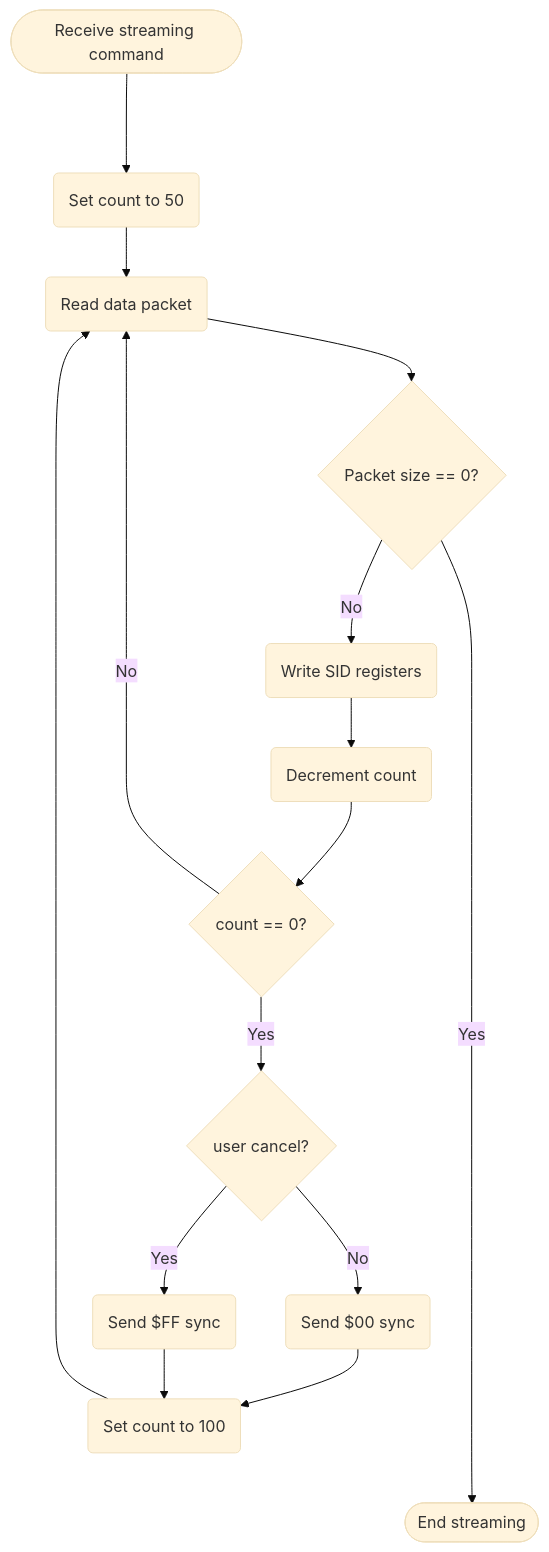
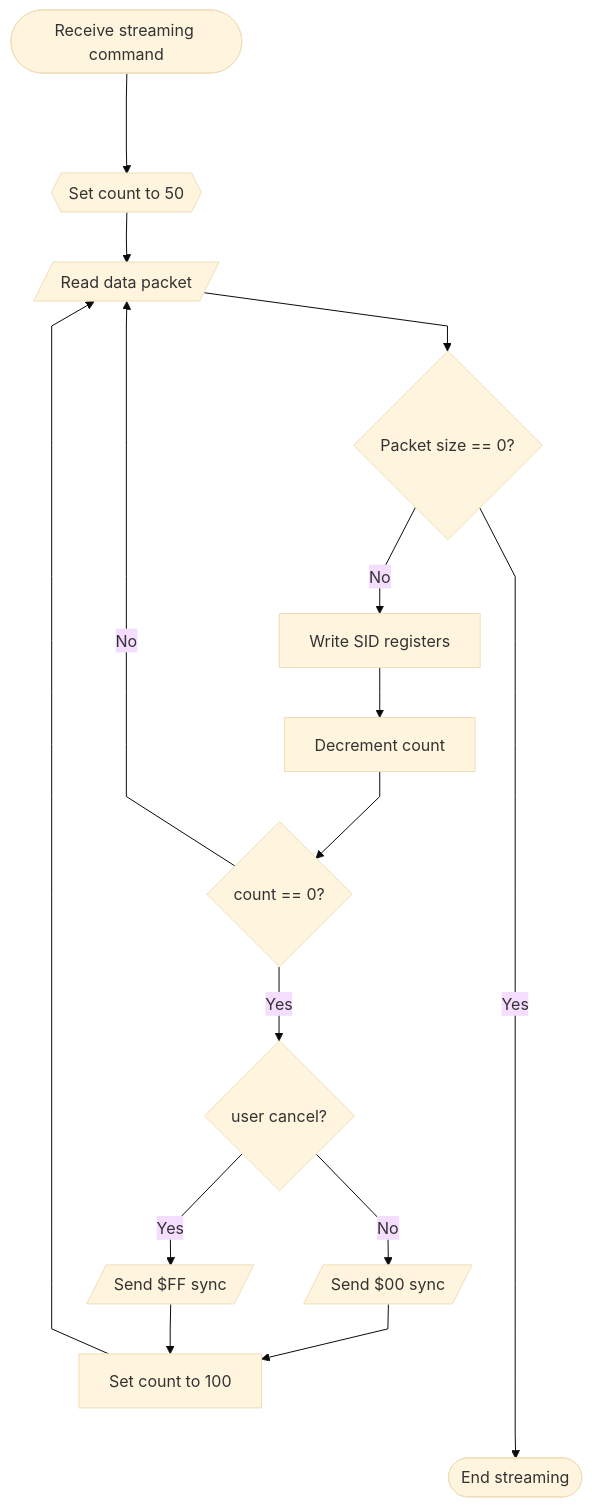
The second of 2 diagrams in docs/sid_streaming.md (retrocomputacion/retrobbs), drawn with Mermaid (base theme) before and after one commit. The commit also changed other lines of this file and 1 other file, not shown here.

````diff
--- a/docs/sid_streaming.md
+++ b/docs/sid_streaming.md
@@ -46,24 +46,25 @@
 ```mermaid
+%%{ init: { 'flowchart': { 'curve': 'linear' } } }%%
 flowchart TD
     id1([Receive streaming command])
-    id2(Set count to 50)
-    id3(Read data packet)
-    id4(Write SID registers)
-    id5(Decrement count)
+    id2{{Set count to 50}}
+    id3[/Read data packet/]
+    id4[Write SID registers]
+    id5[Decrement count]
     id6{count == 0?}
     id7{user cancel?}
-    id8(Send $00 sync)
-    id9(Set count to 100)
+    id8[/Send $00 sync/]
+    id9[Set count to 100]
     id10{Packet size == 0?}
     id11([End streaming])
-    id12(Send $FF sync)
+    id12[/Send $FF sync/]
     id1 ---> id2 --> id3 --> id10 
     id10 -- No --> id4 --> id5 --> id6
     id10 -- Yes --------> id11
     id6 -- Yes --> id7
     id6 -- No --> id3
     id7 -- No --> id8
     id7 -- Yes --> id12
     id8 & id12 --> id9
     id9 --> id3
 ```
````
